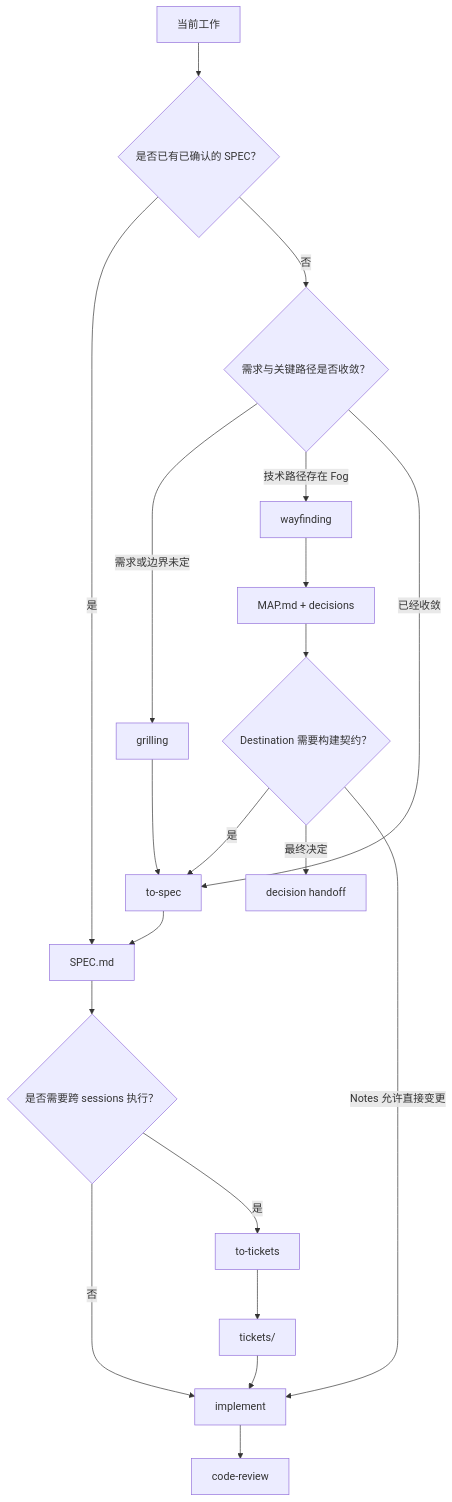
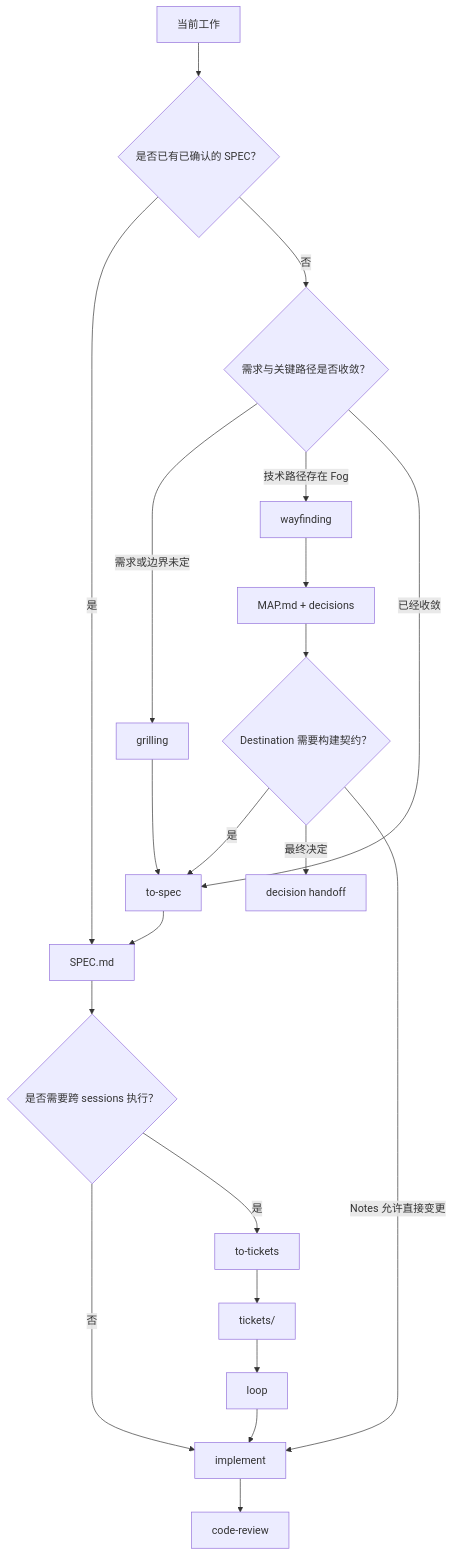
Before and after one commit to calvingit/skills: the first of 2 diagrams in README.md, drawn with Mermaid. The commit also changed other lines of this file and 3 other files, not shown here.

````diff
--- a/README.md
+++ b/README.md
@@ -152,22 +153,23 @@
 ```mermaid
 flowchart TD
     A[当前工作] --> B{是否已有已确认的 SPEC？}
     B -->|是| G[SPEC.md]
     B -->|否| N{需求与关键路径是否收敛？}
     N -->|需求或边界未定| C[grilling]
     N -->|技术路径存在 Fog| D[wayfinding]
     N -->|已经收敛| E[to-spec]
     C --> E
     D --> F[MAP.md + decisions]
     F --> Q{Destination 需要构建契约？}
     Q -->|是| E
     Q -->|最终决定| M[decision handoff]
     Q -->|Notes 允许直接变更| I
     E --> G[SPEC.md]
     G --> H{是否需要跨 sessions 执行？}
     H -->|否| I[implement]
     H -->|是| J[to-tickets]
     J --> K[tickets/]
-    K --> I
+    K --> O[loop]
+    O --> I
     I --> L[code-review]
 ```
````
